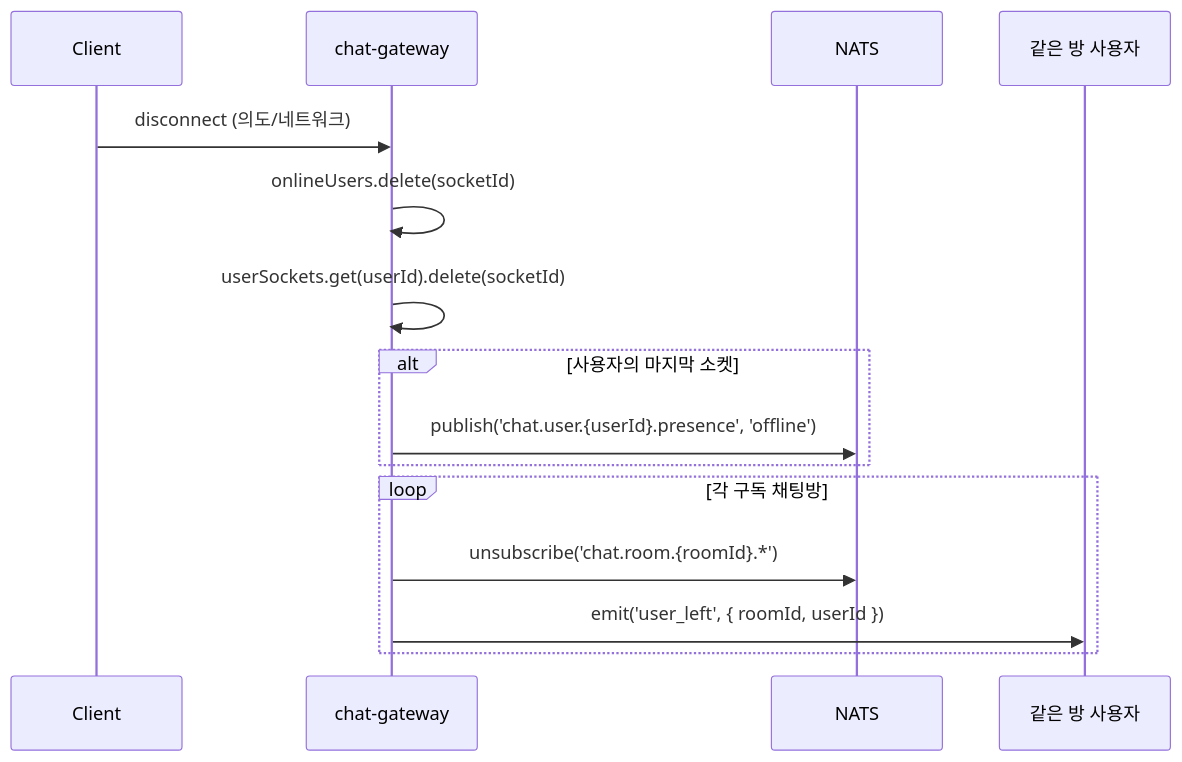
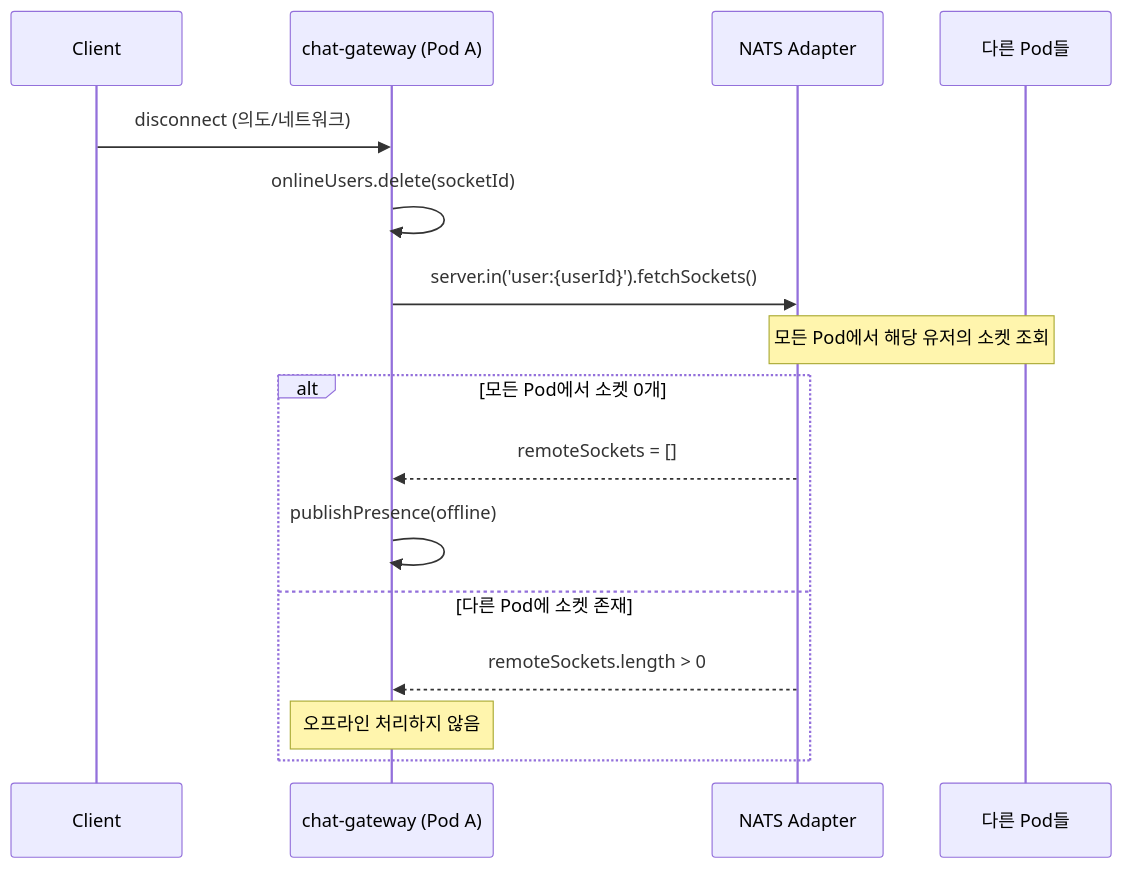
Before and after one commit to uniyous/parkgolf-platform: diagram 12 of 28 in docs/CHAT_WORKFLOW.md, drawn with Mermaid. The commit also changed other lines of this file, not shown here.

Commit message:
docs(chat): CHAT_WORKFLOW.md 멀티 레플리카 아키텍처 반영 최신화

````diff
--- a/docs/CHAT_WORKFLOW.md
+++ b/docs/CHAT_WORKFLOW.md
@@ -264,21 +353,22 @@
 ```mermaid
 sequenceDiagram
     participant Client
-    participant Gateway as chat-gateway
-    participant NATS
-    participant Others as 같은 방 사용자
+    participant Gateway as chat-gateway (Pod A)
+    participant Adapter as NATS Adapter
+    participant Others as 다른 Pod들
 
     Client->>Gateway: disconnect (의도/네트워크)
 
     Gateway->>Gateway: onlineUsers.delete(socketId)
-    Gateway->>Gateway: userSockets.get(userId).delete(socketId)
 
-    alt 사용자의 마지막 소켓
-        Gateway->>NATS: publish('chat.user.{userId}.presence', 'offline')
-    end
+    Gateway->>Adapter: server.in('user:{userId}').fetchSockets()
+    Note over Adapter,Others: 모든 Pod에서 해당 유저의 소켓 조회
 
-    loop 각 구독 채팅방
-        Gateway->>NATS: unsubscribe('chat.room.{roomId}.*')
-        Gateway->>Others: emit('user_left', { roomId, userId })
+    alt 모든 Pod에서 소켓 0개
+        Adapter-->>Gateway: remoteSockets = []
+        Gateway->>Gateway: publishPresence(offline)
+    else 다른 Pod에 소켓 존재
+        Adapter-->>Gateway: remoteSockets.length > 0
+        Note over Gateway: 오프라인 처리하지 않음
     end
 ```
````
